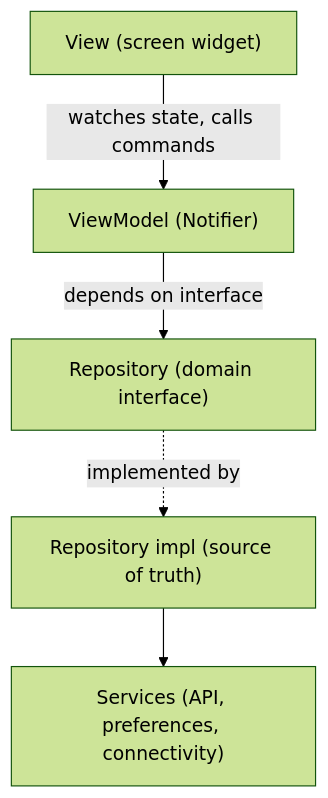
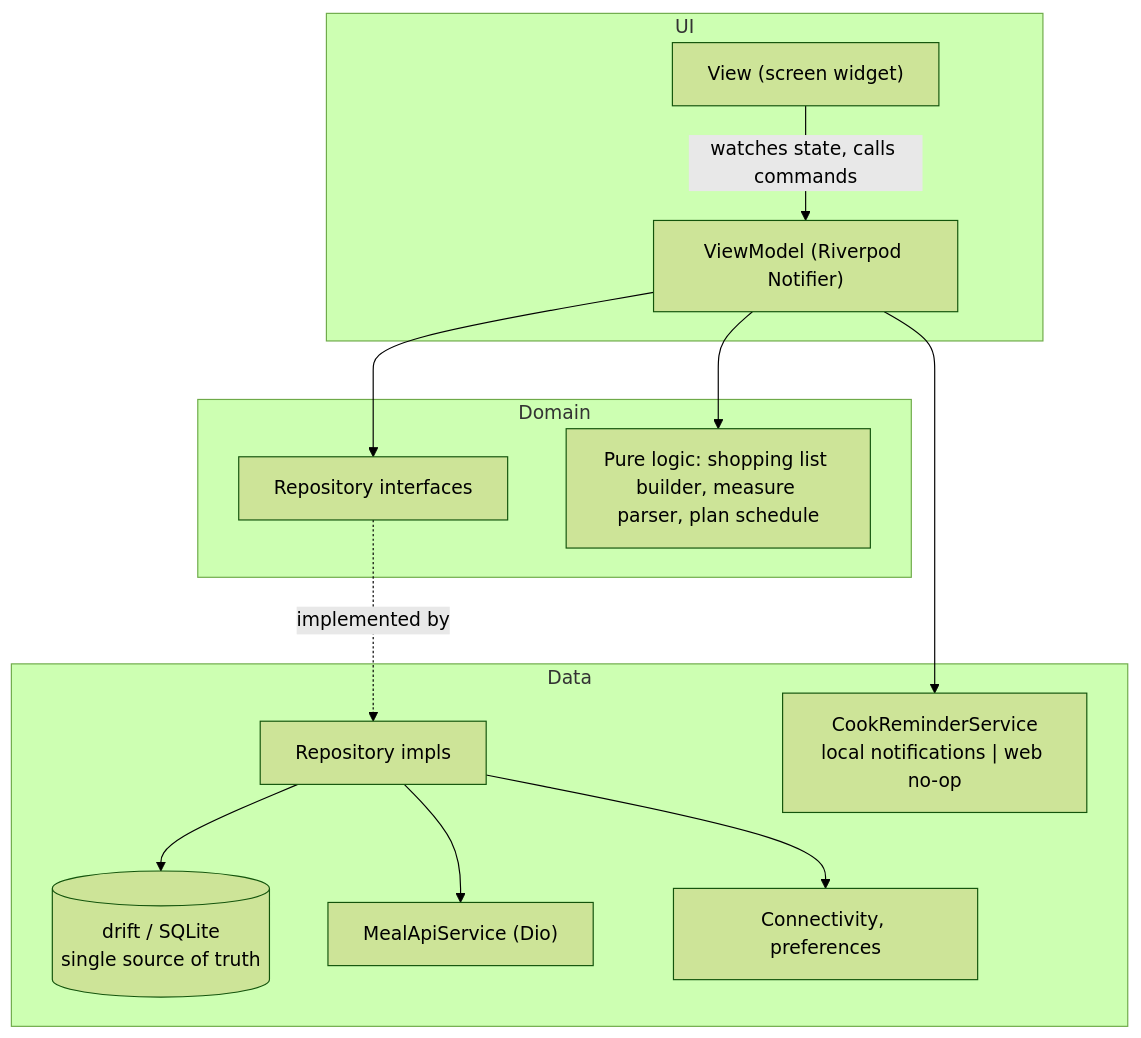
Before and after one commit to informramiz/flutter-showcase: the first of 2 diagrams in README.md, drawn with Mermaid (forest theme). The commit also changed other lines of this file, not shown here.

Commit message:
Document offline-first data, migrations, deep links and reminders

````diff
--- a/README.md
+++ b/README.md
@@ -31,7 +34,20 @@
 ```mermaid
 flowchart TD
-  View["View (screen widget)"] -->|watches state, calls commands| VM["ViewModel (Notifier)"]
-  VM -->|depends on interface| Repo["Repository (domain interface)"]
-  Repo -.implemented by.-> RepoImpl["Repository impl (source of truth)"]
-  RepoImpl --> Svc["Services (API, preferences, connectivity)"]
+  subgraph UI
+    View["View (screen widget)"] -->|watches state, calls commands| VM["ViewModel (Riverpod Notifier)"]
+  end
+  subgraph Domain
+    Repo["Repository interfaces"]
+    Logic["Pure logic: shopping list builder, measure parser, plan schedule"]
+  end
+  subgraph Data
+    RepoImpl["Repository impls"] --> DB[("drift / SQLite<br/>single source of truth")]
+    RepoImpl --> Api["MealApiService (Dio)"]
+    RepoImpl --> Svc["Connectivity, preferences"]
+    Reminders["CookReminderService<br/>local notifications | web no-op"]
+  end
+  VM --> Repo
+  VM --> Logic
+  VM --> Reminders
+  Repo -.implemented by.-> RepoImpl
 ```
````
